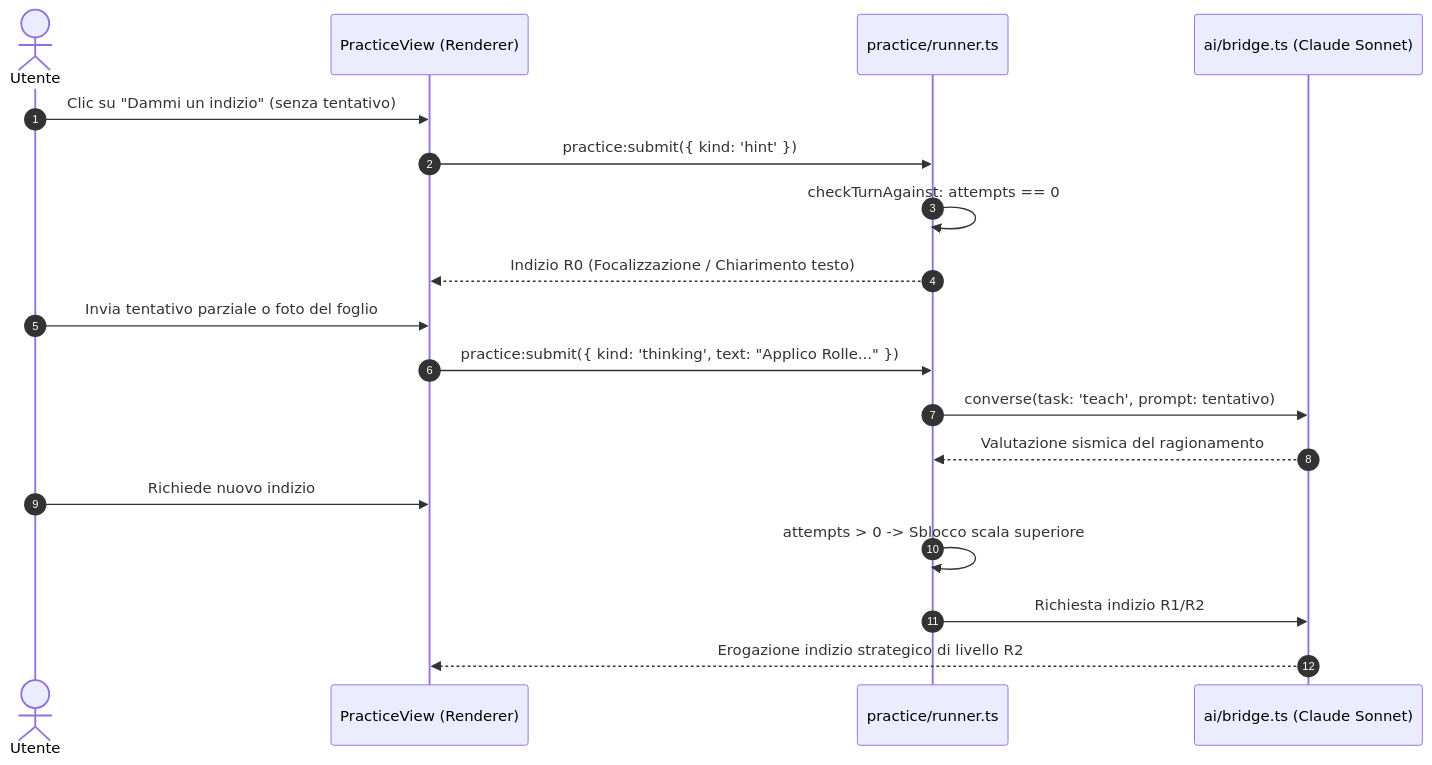
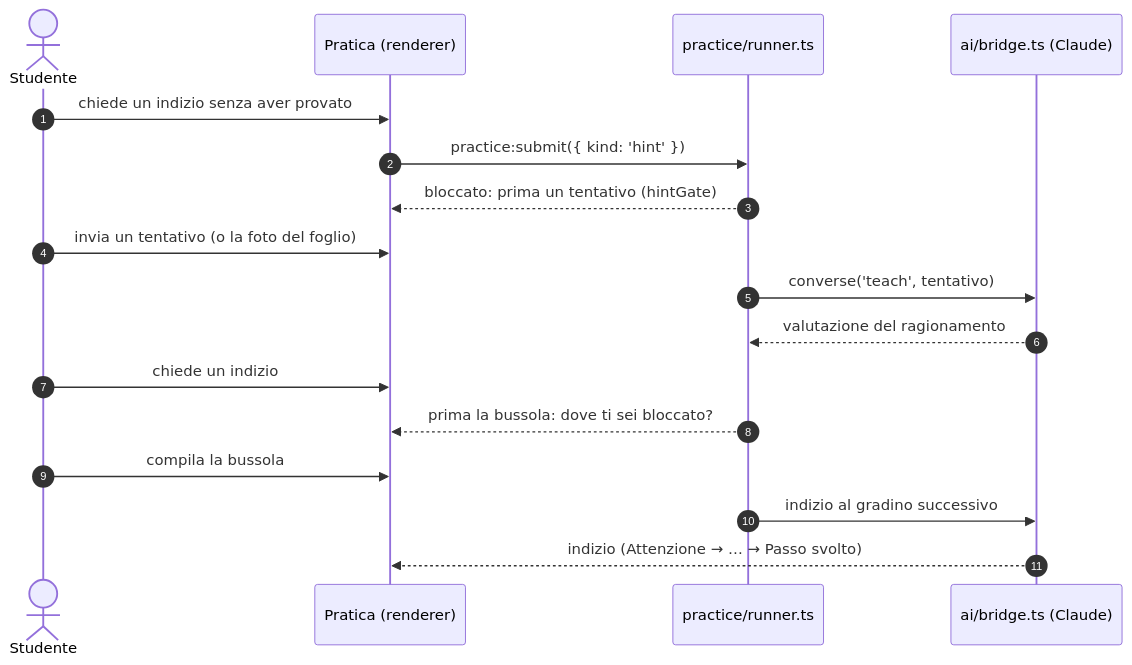
Before and after one commit to andrevvuuuu/sinapsi: the fifth of 6 diagrams in docs/ARCHITECTURE.md, drawn with Mermaid. The commit also changed other lines of this file, not shown here.

Commit message:
docs: ARCHITECTURE aggiornato sull'app di oggi

````diff
--- a/docs/ARCHITECTURE.md
+++ b/docs/ARCHITECTURE.md
@@ -485,21 +477,20 @@
 ```mermaid
 sequenceDiagram
     autonumber
-    actor Utente
-    participant UI as PracticeView (Renderer)
-    participant Runner as practice/runner.ts
-    participant Bridge as ai/bridge.ts (Claude Sonnet)
+    actor Studente
+    participant UI as Pratica (renderer)
+    participant Run as practice/runner.ts
+    participant AI as ai/bridge.ts (Claude)
 
-    Utente->>UI: Clic su "Dammi un indizio" (senza tentativo)
-    UI->>Runner: practice:submit({ kind: 'hint' })
-    Runner->>Runner: checkTurnAgainst: attempts == 0
-    Runner-->>UI: Indizio R0 (Focalizzazione / Chiarimento testo)
-    Utente->>UI: Invia tentativo parziale o foto del foglio
-    UI->>Runner: practice:submit({ kind: 'thinking', text: "Applico Rolle..." })
-    Runner->>Bridge: converse(task: 'teach', prompt: tentativo)
-    Bridge-->>Runner: Valutazione sismica del ragionamento
-    Utente->>UI: Richiede nuovo indizio
-    Runner->>Runner: attempts > 0 -> Sblocco scala superiore
-    Runner->>Bridge: Richiesta indizio R1/R2
-    Bridge-->>UI: Erogazione indizio strategico di livello R2
+    Studente->>UI: chiede un indizio senza aver provato
+    UI->>Run: practice:submit({ kind: 'hint' })
+    Run-->>UI: bloccato: prima un tentativo (hintGate)
+    Studente->>UI: invia un tentativo (o la foto del foglio)
+    Run->>AI: converse('teach', tentativo)
+    AI-->>Run: valutazione del ragionamento
+    Studente->>UI: chiede un indizio
+    Run-->>UI: prima la bussola: dove ti sei bloccato?
+    Studente->>UI: compila la bussola
+    Run->>AI: indizio al gradino successivo
+    AI-->>UI: indizio (Attenzione → … → Passo svolto)
 ```
````
